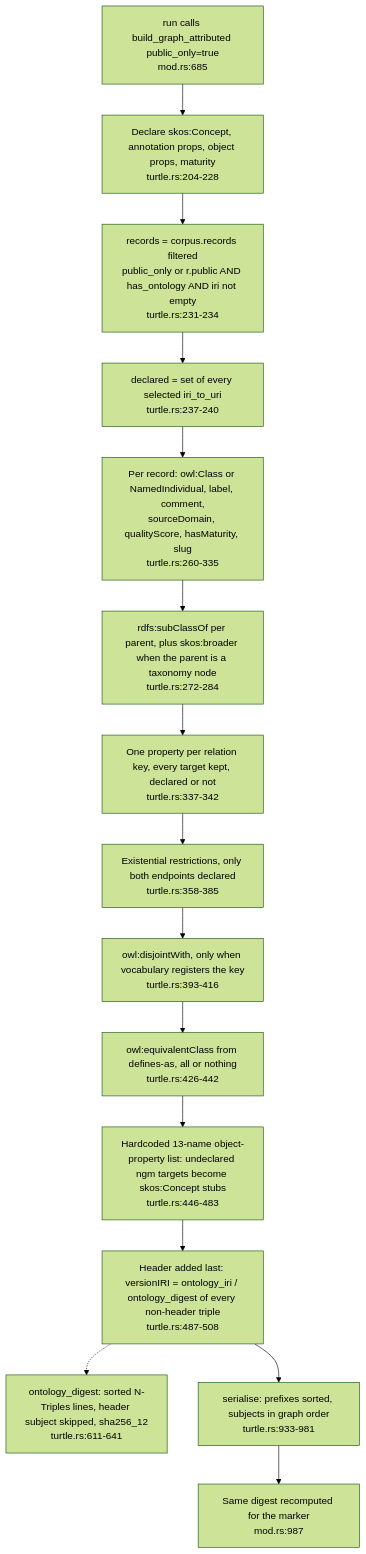
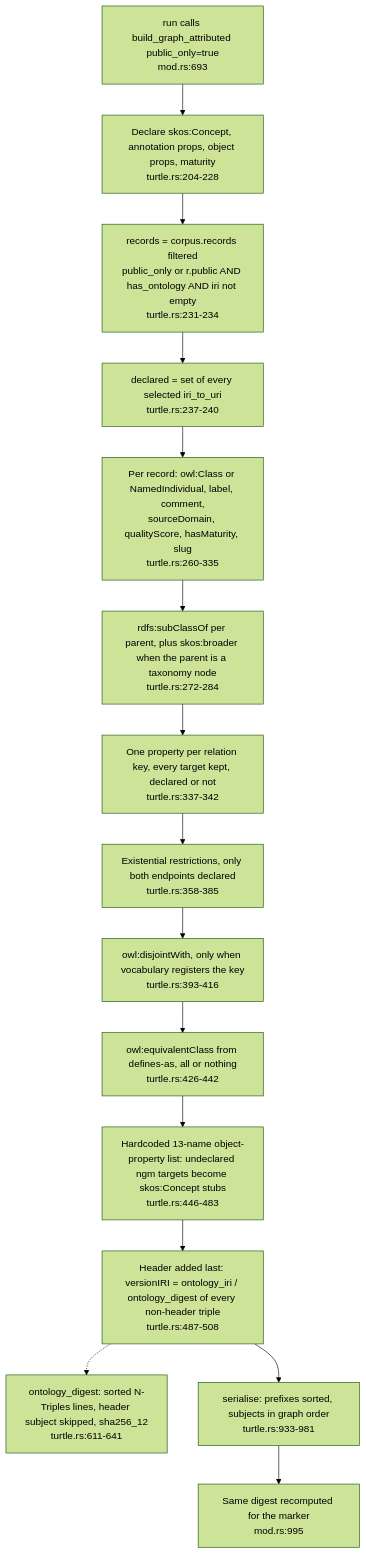
Before and after one commit to DreamLab-AI/VisionFlow: the second of 7 diagrams in docs/diagrams/ontomark/04-emitters-turtle-indexes-tiers-and-contract-c3.md, drawn with Mermaid (forest theme). The commit also changed other lines of this file and 91 other files, not shown here.

````diff
--- a/docs/diagrams/ontomark/04-emitters-turtle-indexes-tiers-and-contract-c3.md
+++ b/docs/diagrams/ontomark/04-emitters-turtle-indexes-tiers-and-contract-c3.md
@@ -80,21 +80,21 @@
 ```mermaid
 flowchart TD
-    CALL["run calls build_graph_attributed public_only=true<br/>mod.rs:685"]
+    CALL["run calls build_graph_attributed public_only=true<br/>mod.rs:693"]
     DECL["Declare skos:Concept, annotation props, object props, maturity<br/>turtle.rs:204-228"]
     SEL["records = corpus.records filtered<br/>public_only or r.public AND has_ontology AND iri not empty<br/>turtle.rs:231-234"]
     DECLSET["declared = set of every selected iri_to_uri<br/>turtle.rs:237-240"]
     CLS["Per record: owl:Class or NamedIndividual, label, comment,<br/>sourceDomain, qualityScore, hasMaturity, slug<br/>turtle.rs:260-335"]
     SUBC["rdfs:subClassOf per parent, plus skos:broader when the parent is a taxonomy node<br/>turtle.rs:272-284"]
     REL["One property per relation key, every target kept, declared or not<br/>turtle.rs:337-342"]
     RESTR["Existential restrictions, only both endpoints declared<br/>turtle.rs:358-385"]
     DISJ["owl:disjointWith, only when vocabulary registers the key<br/>turtle.rs:393-416"]
     DEFS["owl:equivalentClass from defines-as, all or nothing<br/>turtle.rs:426-442"]
     STUB["Hardcoded 13-name object-property list: undeclared ngm targets become skos:Concept stubs<br/>turtle.rs:446-483"]
     HDR["Header added last: versionIRI = ontology_iri / ontology_digest of every non-header triple<br/>turtle.rs:487-508"]
     DIG["ontology_digest: sorted N-Triples lines, header subject skipped, sha256_12<br/>turtle.rs:611-641"]
     SER["serialise: prefixes sorted, subjects in graph order<br/>turtle.rs:933-981"]
-    GENM["Same digest recomputed for the marker<br/>mod.rs:987"]
+    GENM["Same digest recomputed for the marker<br/>mod.rs:995"]
     CALL --> DECL --> SEL --> DECLSET --> CLS --> SUBC --> REL --> RESTR --> DISJ --> DEFS --> STUB --> HDR --> SER
     HDR -.-> DIG
     SER --> GENM
 ```
````
